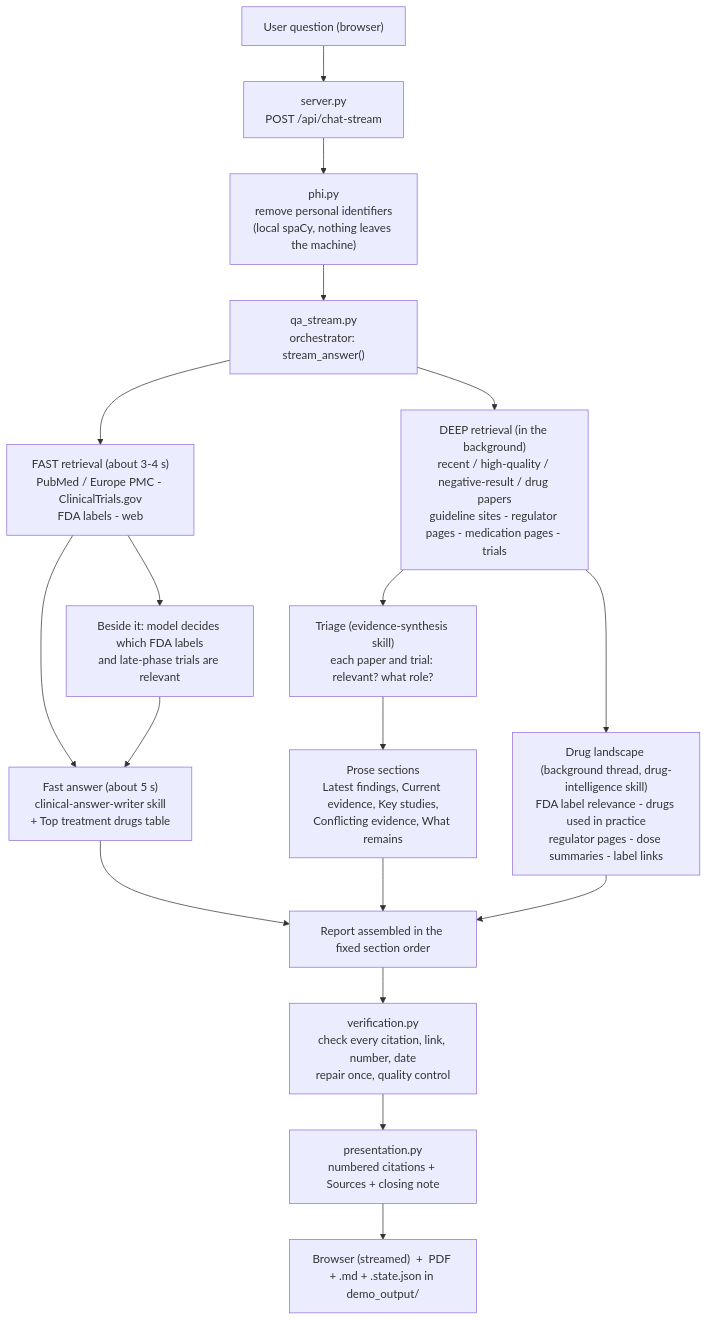
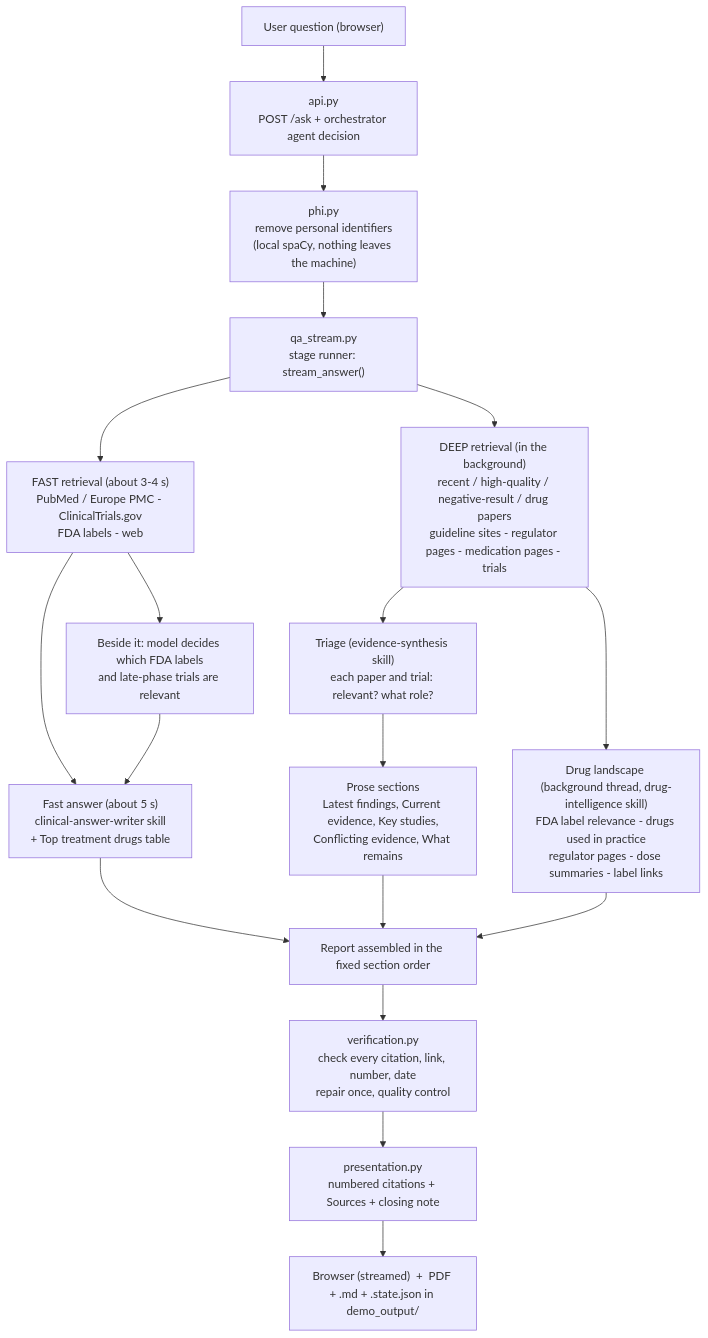
Before and after one commit to varshinisma/NeroGPT: the fourth of 5 diagrams in README.md, drawn with Mermaid. The commit also changed other lines of this file and 79 other files, not shown here.

````diff
--- a/README.md
+++ b/README.md
@@ -110,25 +230,25 @@
 ```mermaid
 flowchart TD
-    U["User question (browser)"] --> S["server.py<br/>POST /api/chat-stream"]
+    U["User question (browser)"] --> S["api.py<br/>POST /ask + orchestrator agent decision"]
     S --> P["phi.py<br/>remove personal identifiers<br/>(local spaCy, nothing leaves the machine)"]
-    P --> O["qa_stream.py<br/>orchestrator: stream_answer()"]
+    P --> O["qa_stream.py<br/>stage runner: stream_answer()"]
 
     O --> F["FAST retrieval (about 3-4 s)<br/>PubMed / Europe PMC - ClinicalTrials.gov<br/>FDA labels - web"]
     F --> FA["Fast answer (about 5 s)<br/>clinical-answer-writer skill<br/>+ Top treatment drugs table"]
     F --> FD["Beside it: model decides which FDA labels<br/>and late-phase trials are relevant"]
     FD --> FA
 
     O --> D["DEEP retrieval (in the background)<br/>recent / high-quality / negative-result / drug papers<br/>guideline sites - regulator pages - medication pages - trials"]
 
     D --> T["Triage (evidence-synthesis skill)<br/>each paper and trial: relevant? what role?"]
     T --> E["Prose sections<br/>Latest findings, Current evidence, Key studies,<br/>Conflicting evidence, What remains"]
 
     D --> L["Drug landscape (background thread, drug-intelligence skill)<br/>FDA label relevance - drugs used in practice<br/>regulator pages - dose summaries - label links"]
 
     FA --> R["Report assembled in the fixed section order"]
     E --> R
     L --> R
     R --> V["verification.py<br/>check every citation, link, number, date<br/>repair once, quality control"]
     V --> N["presentation.py<br/>numbered citations + Sources + closing note"]
     N --> OUT["Browser (streamed)  +  PDF + .md + .state.json in demo_output/"]
 ```
````
